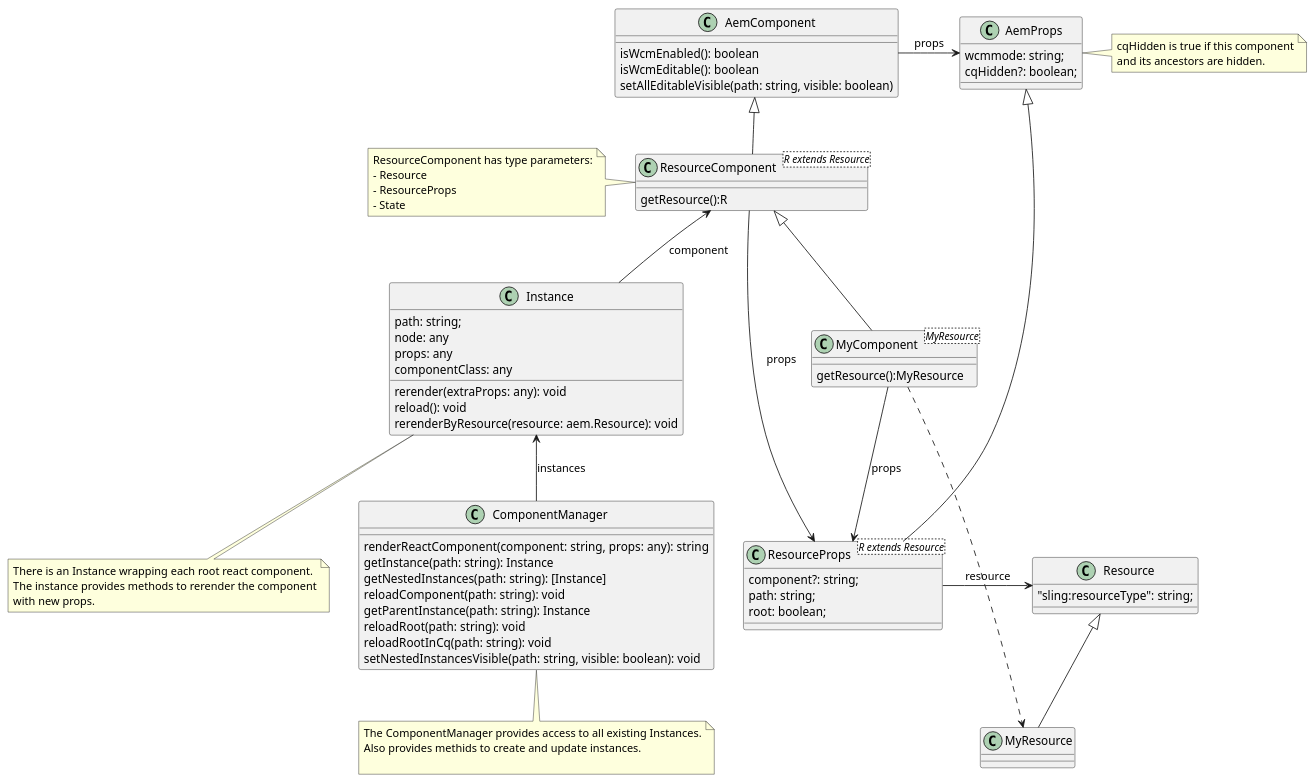
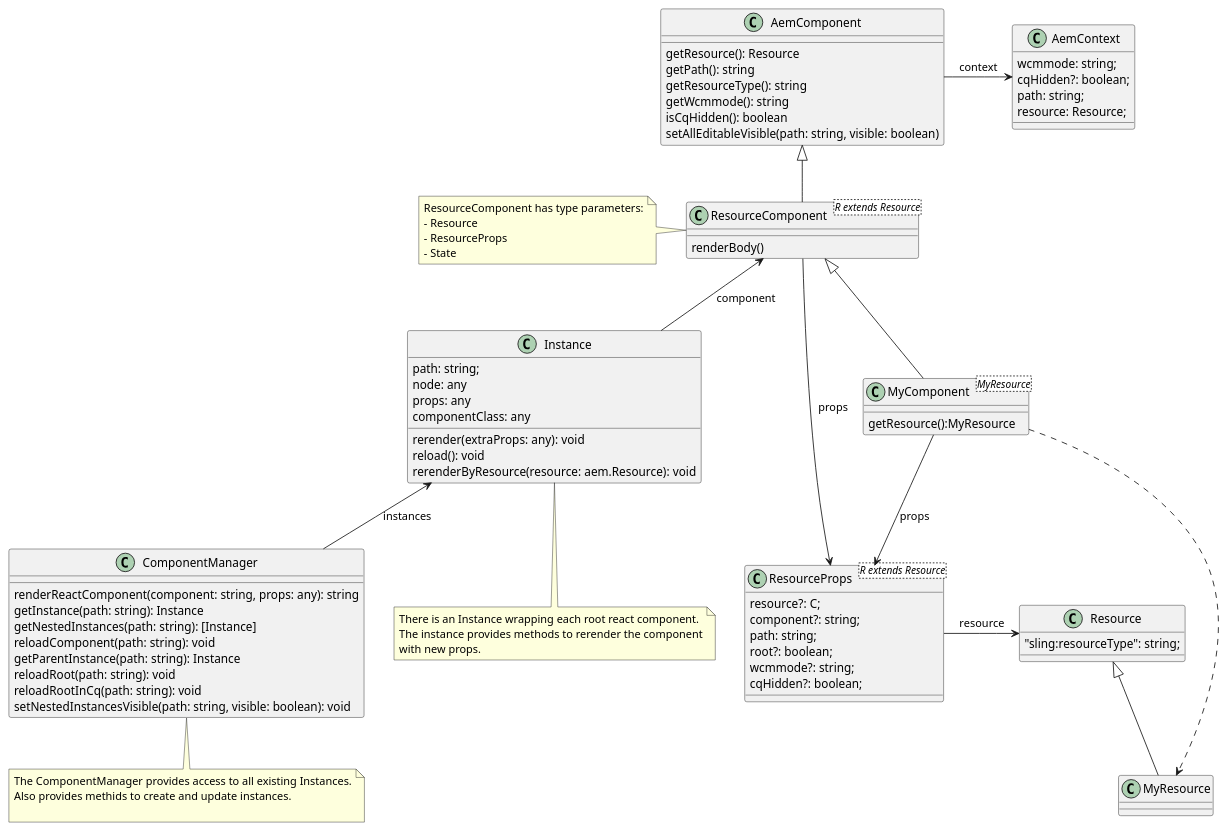
The diagram in model.puml (buildit/aem-with-react), drawn with PlantUML before and after one commit. The commit also changed 3 other files, not shown here.

Commit message:
moved cqHidden to context

```diff
--- a/model.puml
+++ b/model.puml
@@ -1,101 +1,105 @@
 @startuml
 
 
 
-class AemProps {
+class AemContext {
     wcmmode: string;
     cqHidden?: boolean;
+    path: string;
+    resource: Resource;
 }
 
 class AemComponent {
 
-    isWcmEnabled(): boolean
-    isWcmEditable(): boolean
+    getResource(): Resource
+    getPath(): string
+    getResourceType(): string
+    getWcmmode(): string
+    isCqHidden(): boolean
     setAllEditableVisible(path: string, visible: boolean)
 }
 
-note right of AemProps
-cqHidden is true if this component
-and its ancestors are hidden.
-end note
-
-AemComponent -> AemProps : props
+AemComponent -> AemContext : context
 
 class Resource {
     "sling:resourceType": string;
 }
 
-class ResourceProps<R extends Resource> extends AemProps {
+class ResourceProps<R extends Resource> {
+    resource?: C;
     component?: string;
     path: string;
-    root: boolean;
+    root?: boolean;
+    wcmmode?: string;
+    cqHidden?: boolean;
+
 }
 
 ResourceProps -> Resource : resource
 
 class ResourceComponent<R extends Resource> extends AemComponent{
-    getResource():R
+    renderBody()
 }
 
 note left of ResourceComponent
 ResourceComponent has type parameters:
 - Resource
 - ResourceProps
 - State
 end note
 
 
 ResourceComponent -> ResourceProps : props
 
 
 class MyComponent<MyResource> extends ResourceComponent {
     getResource():MyResource
 }
 
 class MyResource extends Resource {
 }
 
 MyComponent --> ResourceProps : props
 
 MyComponent .> MyResource
 
 class Instance {
     path: string;
     node: any
     props: any
     componentClass: any
 
     rerender(extraProps: any): void
     reload(): void
     rerenderByResource(resource: aem.Resource): void
 }
 
 Instance -up-> ResourceComponent : component
 
 note bottom of Instance
 There is an Instance wrapping each root react component.
 The instance provides methods to rerender the component
 with new props.
 end note
 
 class ComponentManager {
     renderReactComponent(component: string, props: any): string
     getInstance(path: string): Instance
     getNestedInstances(path: string): [Instance]
     reloadComponent(path: string): void
     getParentInstance(path: string): Instance
     reloadRoot(path: string): void
     reloadRootInCq(path: string): void
     setNestedInstancesVisible(path: string, visible: boolean): void
 }
 
 ComponentManager -up-> Instance : instances
 
 note bottom of ComponentManager
 The ComponentManager provides access to all existing Instances.
 Also provides methids to create and update instances.
 
 end note
 
 
 @enduml
```
